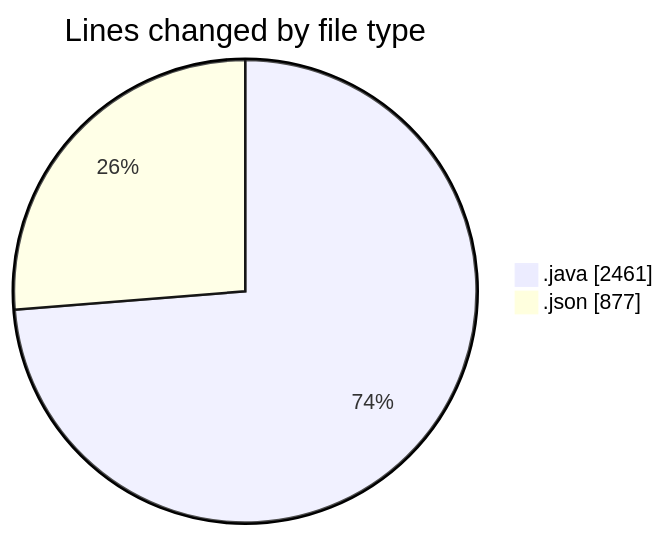
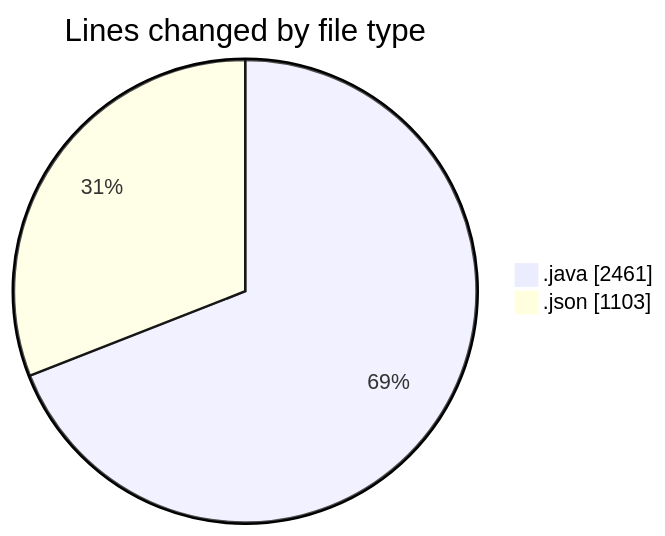
The first of 2 diagrams in 2026-03-26/cilapp/README.md (ricardozamudiocil/code-tracking), drawn with Mermaid before and after one commit. The commit also changed other lines of this file and 1 other file, not shown here.

````diff
--- a/2026-03-26/cilapp/README.md
+++ b/2026-03-26/cilapp/README.md
@@ -25,6 +26,6 @@
 ```mermaid
 pie showData
 title Lines changed by file type
 ".java" : 2461
-".json" : 877
+".json" : 1103
 ```
````
